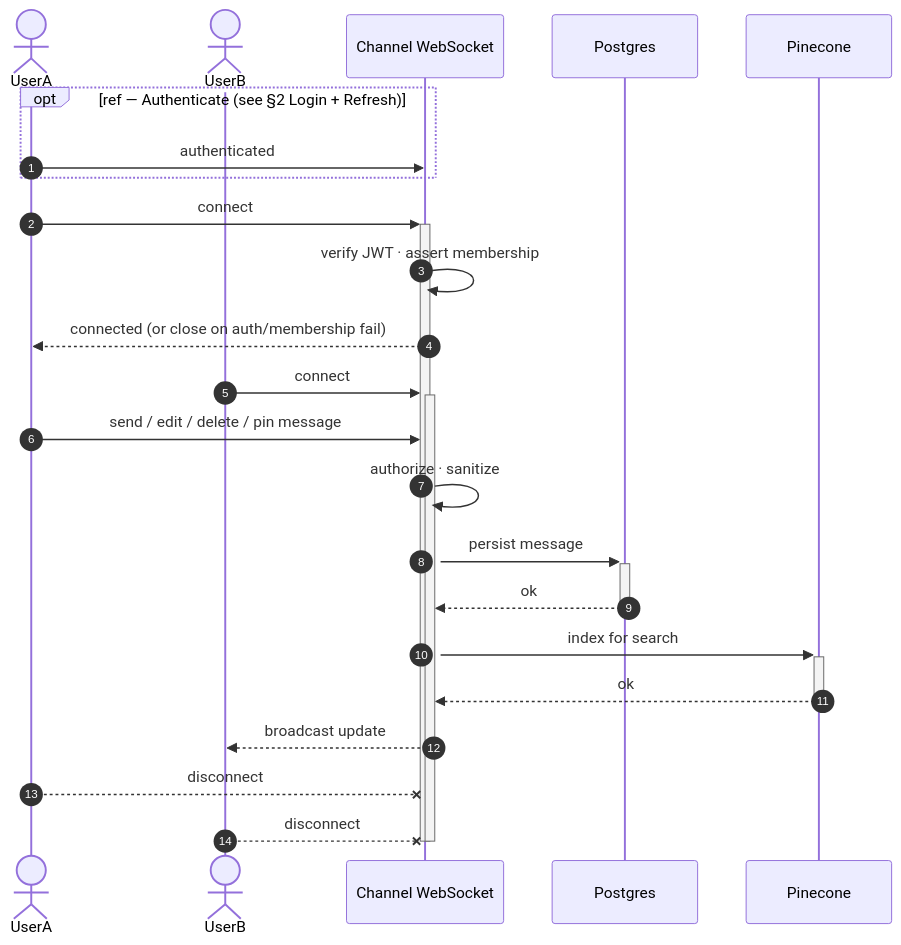
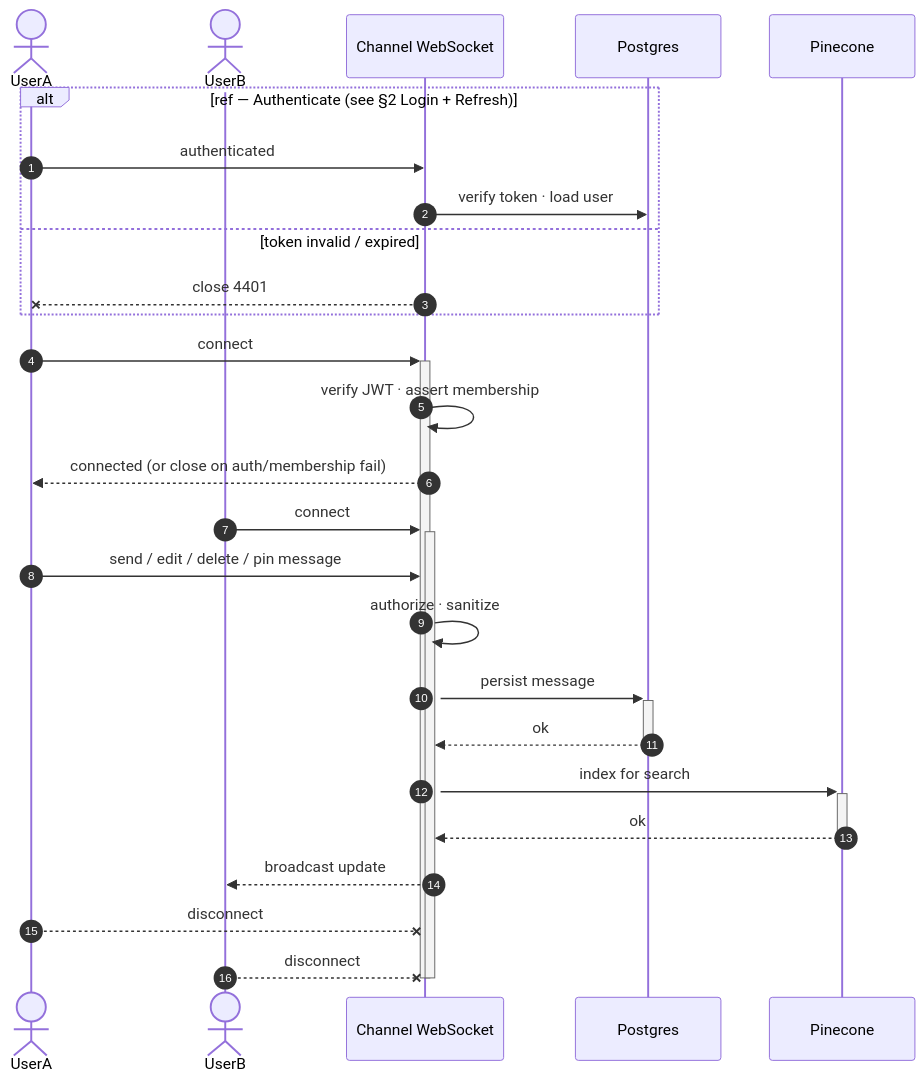
Before and after one commit to MohamedChebbi123/teamnest: the ninth of 16 diagrams in docs/SEQUENCE_DIAGRAMS.md, drawn with Mermaid. The commit also changed other lines of this file, not shown here.

````diff
--- a/docs/SEQUENCE_DIAGRAMS.md
+++ b/docs/SEQUENCE_DIAGRAMS.md
@@ -248,31 +261,34 @@
 ```mermaid
 sequenceDiagram
     autonumber
     actor UserA
     actor UserB
     participant WS as Channel WebSocket
     participant DB as Postgres
     participant Vec as Pinecone
 
-    opt ref — Authenticate (see §2 Login + Refresh)
+    alt ref — Authenticate (see §2 Login + Refresh)
         UserA->>WS: authenticated
+        WS->>DB: verify token · load user
+    else token invalid / expired
+        WS--xUserA: close 4401
     end
 
     UserA->>+WS: connect
     WS->>WS: verify JWT · assert membership
     WS-->>UserA: connected (or close on auth/membership fail)
     UserB->>+WS: connect
 
     UserA->>WS: send / edit / delete / pin message
     WS->>WS: authorize · sanitize
     WS->>+DB: persist message
     DB-->>-WS: ok
     WS->>+Vec: index for search
     Vec-->>-WS: ok
     WS-->>UserB: broadcast update
 
     UserA--xWS: disconnect
     UserB--xWS: disconnect
     deactivate WS
     deactivate WS
 ```
````
